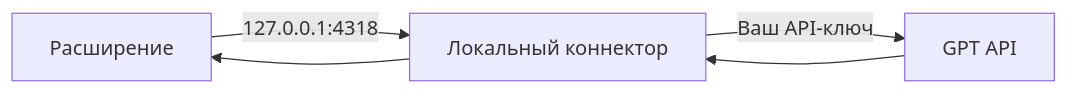
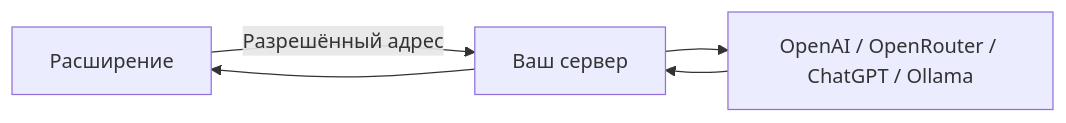
The diagram in docs/development.ru.md (kostia7alania/replylab-extension), drawn with Mermaid before and after one commit. The commit also changed other lines of this file and 50 other files, not shown here.

````diff
--- a/docs/development.ru.md
+++ b/docs/development.ru.md
@@ -70,6 +20,6 @@
 ```mermaid
 flowchart LR
-    A[Расширение] -->|127.0.0.1:4318| B[Локальный коннектор]
-    B -->|Ваш API-ключ| C[GPT API]
-    C --> B --> A
+  A[Расширение] -->|Разрешённый адрес| B[Ваш сервер]
+  B --> C[OpenAI / OpenRouter / ChatGPT / Ollama]
+  C --> B --> A
 ```
````
